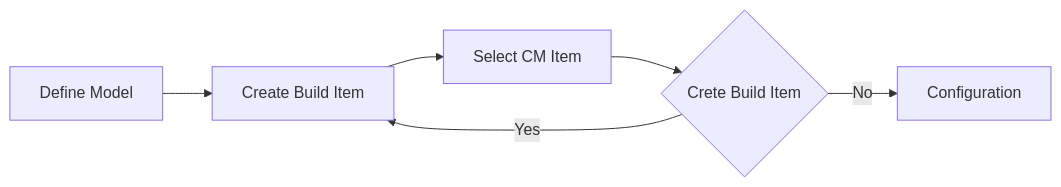
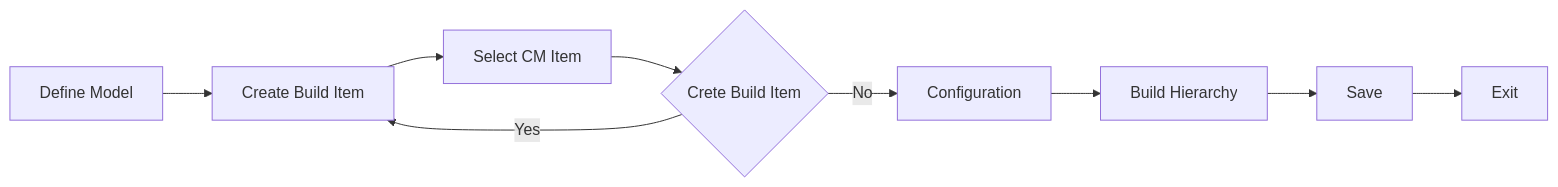
One commit to codersyacht/maximo-knowledge-center changed the diagram in maximo/docs/asset-configuration-manager/models(cm).md. Above: the diagram before and after it, drawn with Mermaid.

Commit message:
models(cm).md

````diff
--- a/maximo/docs/asset-configuration-manager/models(cm).md
+++ b/maximo/docs/asset-configuration-manager/models(cm).md
@@ -16,8 +16,11 @@
 ```mermaid
 graph LR
 A[Define Model] --> B[Create Build Item]
 B --> C[Select CM Item]
 C --> D{Crete Build Item}
 D -->|Yes|B
 D -->|No| E[Configuration]
+E --> F[Build Hierarchy]
+F --> G[Save]
+G --> H[Exit]
 ```
````
